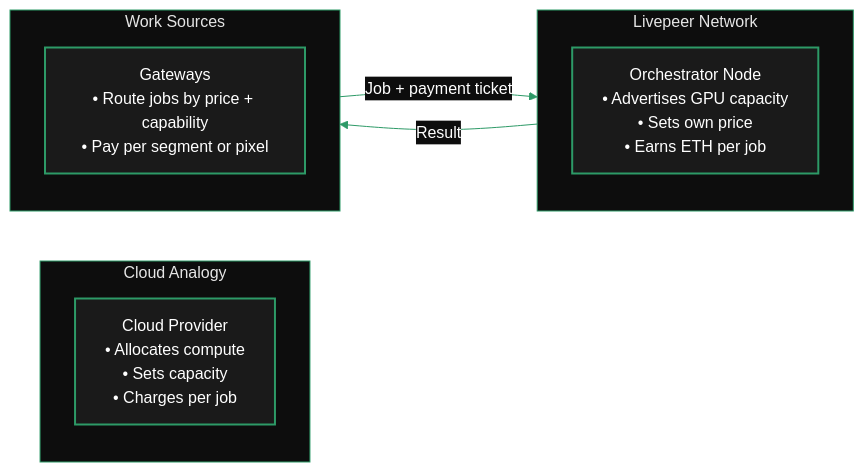
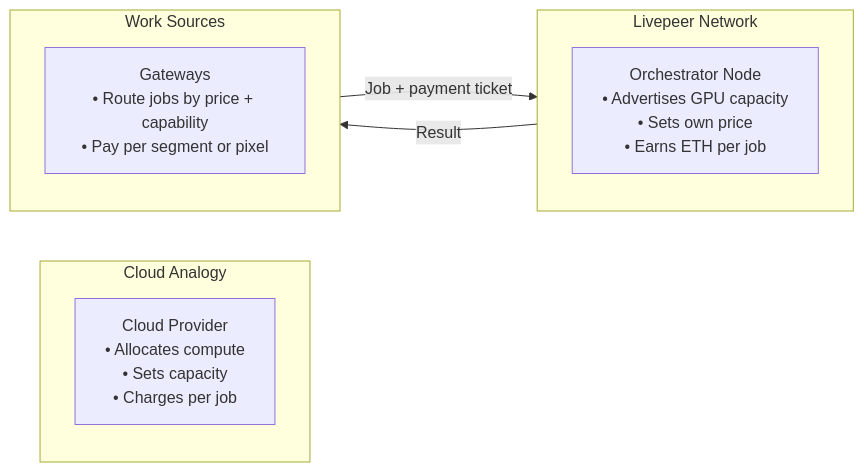
One commit to sidestream-tech/livepeer-docs changed the first of 5 diagrams in v2/orchestrators/concepts/role.mdx. Above: the diagram before and after it, drawn with Mermaid. The commit also changed other lines of this file and 85 other files, not shown here.

````diff
--- a/v2/orchestrators/concepts/role.mdx
+++ b/v2/orchestrators/concepts/role.mdx
@@ -63,23 +62,18 @@
       ```mermaid
-      %%{init: {'theme': 'base', 'themeVariables': { 'primaryColor': '#1a1a1a', 'primaryTextColor': '#fff', 'primaryBorderColor': '#2d9a67', 'lineColor': '#2d9a67', 'secondaryColor': '#0d0d0d', 'tertiaryColor': '#1a1a1a', 'background': '#0d0d0d', 'fontFamily': 'system-ui' }}}%%
       flowchart LR
           subgraph Cloud["Cloud Analogy"]
               A["Cloud Provider<br/>• Allocates compute<br/>• Sets capacity<br/>• Charges per job"]
           end
 
           subgraph Livepeer["Livepeer Network"]
               B["Orchestrator Node<br/>• Advertises GPU capacity<br/>• Sets own price<br/>• Earns ETH per job"]
           end
 
           subgraph WorkSrc["Work Sources"]
               C["Gateways<br/>• Route jobs by price + capability<br/>• Pay per segment or pixel"]
           end
 
           WorkSrc -->|Job + payment ticket| Livepeer
           Livepeer -->|Result| WorkSrc
 
-          classDef default fill:#1a1a1a,color:#fff,stroke:#2d9a67,stroke-width:2px
-          style Cloud fill:#0d0d0d,stroke:#2d9a67,stroke-width:1px
-          style Livepeer fill:#0d0d0d,stroke:#2d9a67,stroke-width:1px
-          style WorkSrc fill:#0d0d0d,stroke:#2d9a67,stroke-width:1px
       ```
````
